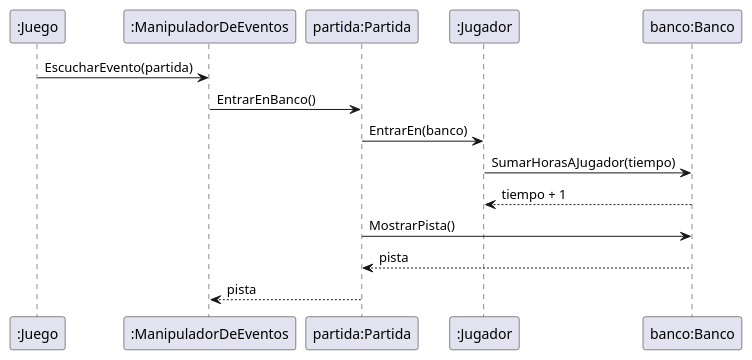
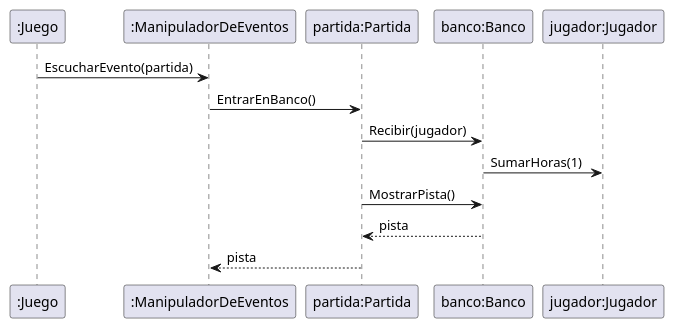
The diagram in diagrams/sequences/ds_detective_visita_banco_primera_vez.puml (arilow/Algo3_TP2), drawn with PlantUML before and after one commit. The commit also changed 1 other file, not shown here.

Commit message:
Correccion de diagramas

```diff
--- a/diagrams/sequences/ds_detective_visita_banco_primera_vez.puml
+++ b/diagrams/sequences/ds_detective_visita_banco_primera_vez.puml
@@ -1,19 +1,19 @@
 @startuml
 'https://plantuml.com/sequence-diagram
 
 participant ":Juego" as J
 participant ":ManipuladorDeEventos" as ME
 participant "partida:Partida" as P
-participant ":Jugador" as JG
 participant "banco:Banco" as B
+participant "jugador:Jugador" as JG
 
 J -> ME: EscucharEvento(partida)
 ME -> P: EntrarEnBanco()
-P -> JG: EntrarEn(banco)
-JG -> B: SumarHorasAJugador(tiempo)
-JG <-- B: tiempo + 1
+P -> B: Recibir(jugador)
+B -> JG: SumarHoras(1)
+
 P -> B: MostrarPista()
 P <-- B: pista
 ME <-- P: pista
 
 @enduml
```
